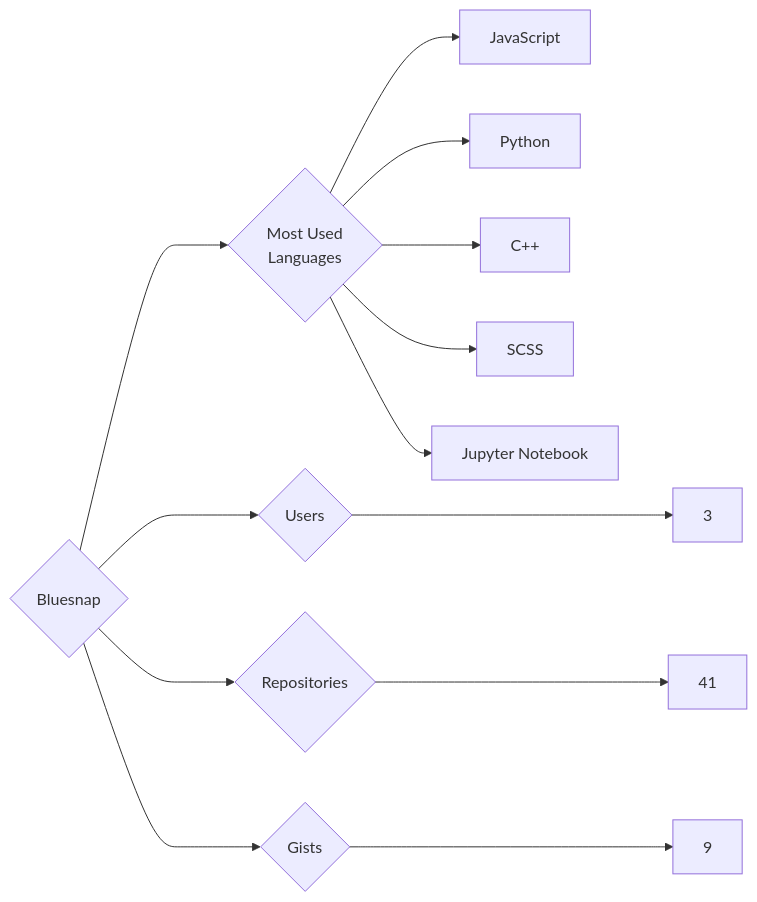
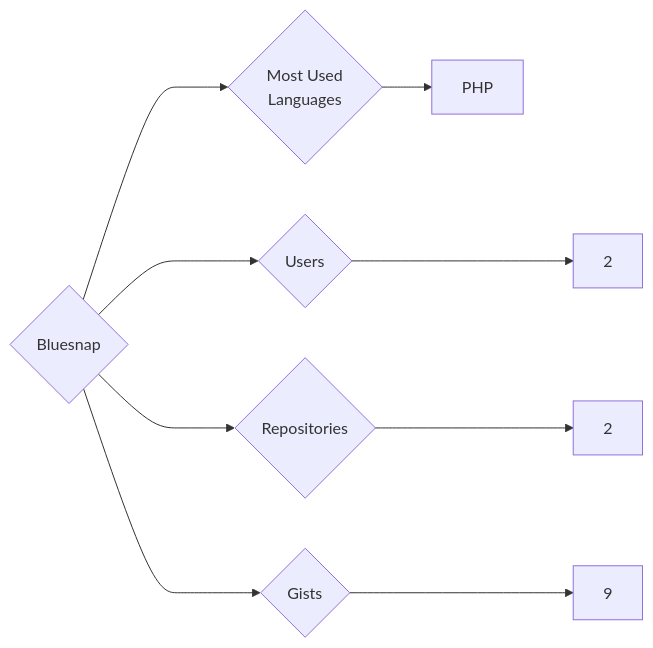
The diagram in targets/Bluesnap/README.md (trickest/insiders), drawn with Mermaid before and after one commit. The commit also changed 859 other files, not shown here.

````diff
--- a/targets/Bluesnap/README.md
+++ b/targets/Bluesnap/README.md
@@ -3,13 +3,9 @@
 ```mermaid
 graph LR
 COMPANY_NAME{Bluesnap}
-COMPANY_NAME ---> U{Users} ---> UN[3]
-COMPANY_NAME ---> R{Repositories} ---> RN[41]
+COMPANY_NAME ---> U{Users} ---> UN[2]
+COMPANY_NAME ---> R{Repositories} ---> RN[2]
 COMPANY_NAME ---> G{Gists} ---> GN[9]
 COMPANY_NAME ---> ML{Most Used<br>Languages}
-ML --> JavaScript[JavaScript]
-ML --> Python[Python]
-ML --> C++[C++]
-ML --> SCSS[SCSS]
-ML --> Jupyter_Notebook[Jupyter Notebook]
+ML --> PHP[PHP]
 ```
````
